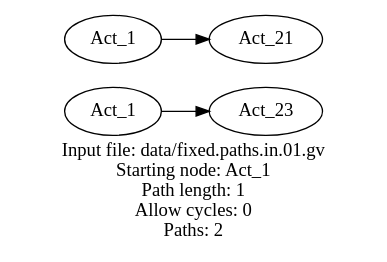
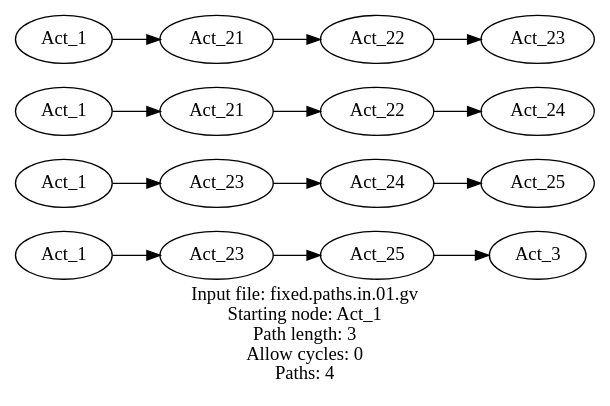
Before and after one commit to graphviz-perl/GraphViz2-Marpa-PathUtils: the diagram in out/fixed.paths.out.01.gv, drawn with Graphviz. The commit also changed 2 other files, not shown here.

```diff
--- a/out/fixed.paths.out.01.gv
+++ b/out/fixed.paths.out.01.gv
@@ -1,12 +1,26 @@
 digraph fixed_length_paths
 {
-	label = "Input file: data/fixed.paths.in.01.gv\nStarting node: Act_1\nPath length: 1\nAllow cycles: 0\nPaths: 2" rankdir = LR
+	label = "Input file: fixed.paths.in.01.gv\nStarting node: Act_1\nPath length: 3\nAllow cycles: 0\nPaths: 4" rankdir = LR
 
 	"1" [label = "Act_1"]
 	"2" [label = "Act_23"]
-	"3" [label = "Act_1"]
-	"4" [label = "Act_21"]
+	"3" [label = "Act_25"]
+	"4" [label = "Act_3"]
+	"5" [label = "Act_1"]
+	"6" [label = "Act_23"]
+	"7" [label = "Act_24"]
+	"8" [label = "Act_25"]
+	"9" [label = "Act_1"]
+	"10" [label = "Act_21"]
+	"11" [label = "Act_22"]
+	"12" [label = "Act_24"]
+	"13" [label = "Act_1"]
+	"14" [label = "Act_21"]
+	"15" [label = "Act_22"]
+	"16" [label = "Act_23"]
 
-	"1"  ->  "2"
-	"3"  ->  "4"
+	"1"  ->  "2"  ->  "3"  ->  "4"
+	"5"  ->  "6"  ->  "7"  ->  "8"
+	"9"  ->  "10"  ->  "11"  ->  "12"
+	"13"  ->  "14"  ->  "15"  ->  "16"
 }
```
